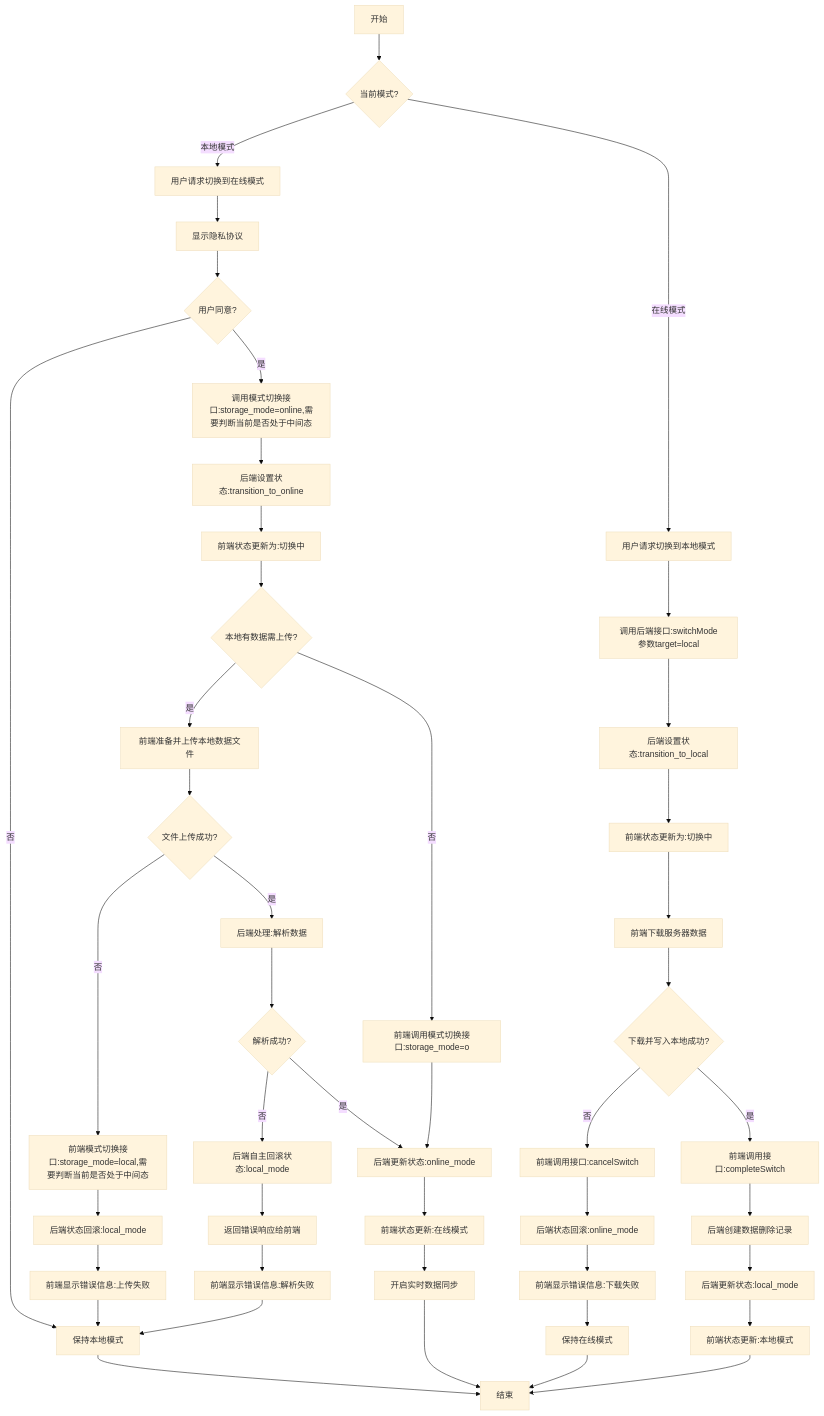
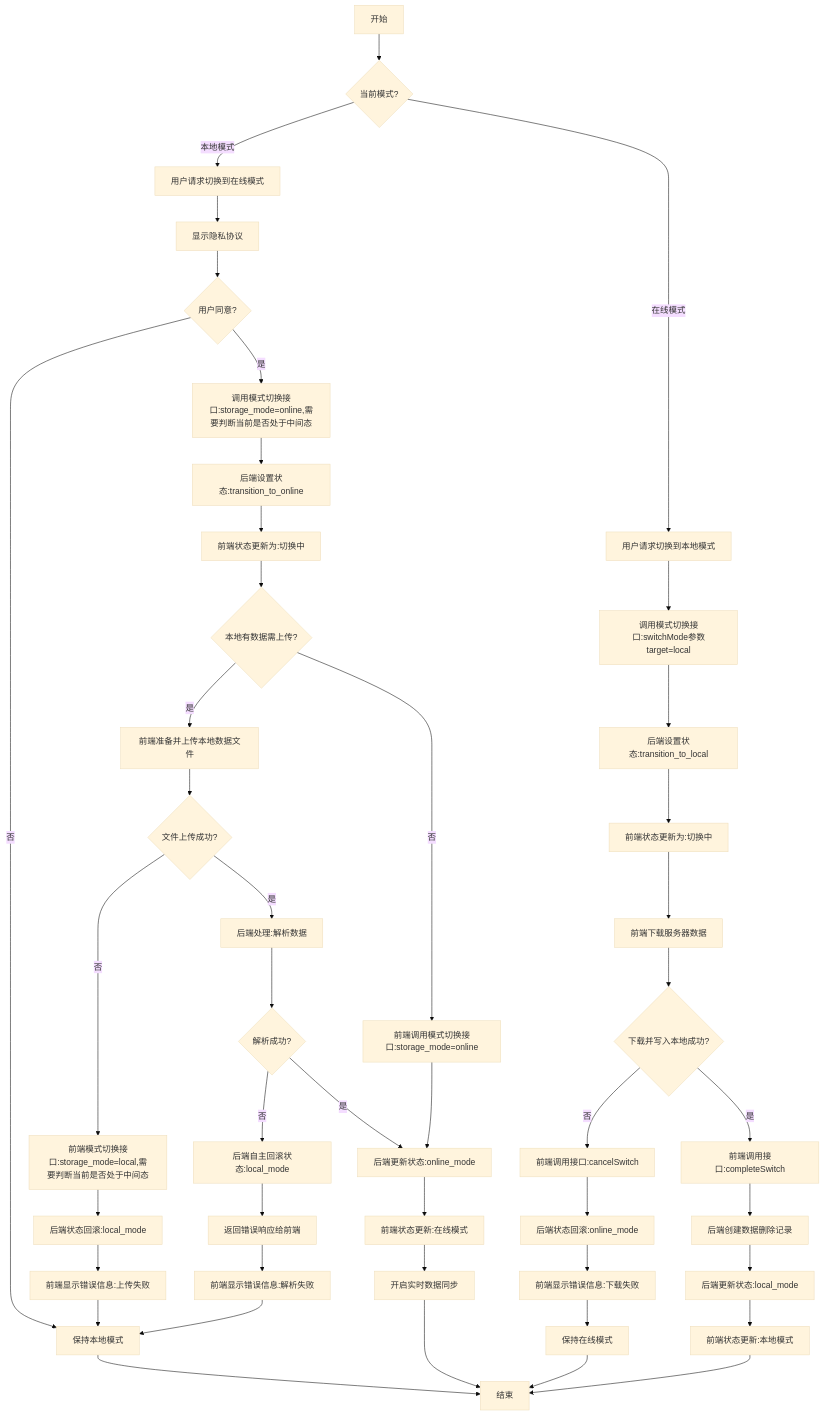
The diagram in all/未命名-58.md (yingjianzh/iodraw-files), drawn with Mermaid (base theme) before and after one commit.

Commit message:
2025-05-14 10:46:48 update

````diff
--- a/all/未命名-58.md
+++ b/all/未命名-58.md
@@ -1,68 +1,68 @@
 ```mermaid
 flowchart TD
     A[开始] --> B{当前模式?}
     
     %% 本地模式转在线模式
     B -->|本地模式| C[用户请求切换到在线模式]
     C --> D[显示隐私协议]
     D --> E{用户同意?}
 
     E -->|否| F[保持本地模式]
     F --> Z[结束]
     
     E -->|是| G[调用模式切换接口:storage_mode=online,需要判断当前是否处于中间态]
     G --> H[后端设置状态:transition_to_online]
     H --> I[前端状态更新为:切换中]
     
     I --> J{本地有数据需上传?}
     
     %% 有本地数据需上传的情况
     J -->|是| K[前端准备并上传本地数据文件]
     K --> L{文件上传成功?}
     
     %% 上传失败的情况
     L -->|否| M[前端模式切换接口:storage_mode=local,需要判断当前是否处于中间态]
     M --> N[后端状态回滚:local_mode]
     N --> O[前端显示错误信息:上传失败]
     O --> F
     
     %% 上传成功但解析失败的情况
     L -->|是| P[后端处理:解析数据]
     P --> Q{解析成功?}
     Q -->|否| R[后端自主回滚状态:local_mode]
     R --> S[返回错误响应给前端]
     S --> T[前端显示错误信息:解析失败]
     T --> F
     
     %% 全部成功的情况
     Q -->|是| U[后端更新状态:online_mode]
-    J -->|否| V[前端调用模式切换接口:storage_mode=o]
+    J -->|否| V[前端调用模式切换接口:storage_mode=online]
     V --> U
     
     U --> W[前端状态更新:在线模式]
     W --> X[开启实时数据同步]
     X --> Z
     
     %% 在线模式转本地模式
     B -->|在线模式| AA[用户请求切换到本地模式]
-    AA --> AB[调用后端接口:switchMode参数target=local]
+    AA --> AB[调用模式切换接口:switchMode参数target=local]
     AB --> AC[后端设置状态:transition_to_local]
     AC --> AD[前端状态更新为:切换中]
     
     AD --> AE[前端下载服务器数据]
     AE --> AF{下载并写入本地成功?}
     
     %% 下载失败的情况
     AF -->|否| AG[前端调用接口:cancelSwitch]
     AG --> AH[后端状态回滚:online_mode]
     AH --> AI[前端显示错误信息:下载失败]
     AI --> AJ[保持在线模式]
     AJ --> Z
     
     %% 下载成功的情况
     AF -->|是| AK[前端调用接口:completeSwitch]
     AK --> AL[后端创建数据删除记录]
     AL --> AM[后端更新状态:local_mode]
     AM --> AN[前端状态更新:本地模式]
     AN --> Z
 ```
````
